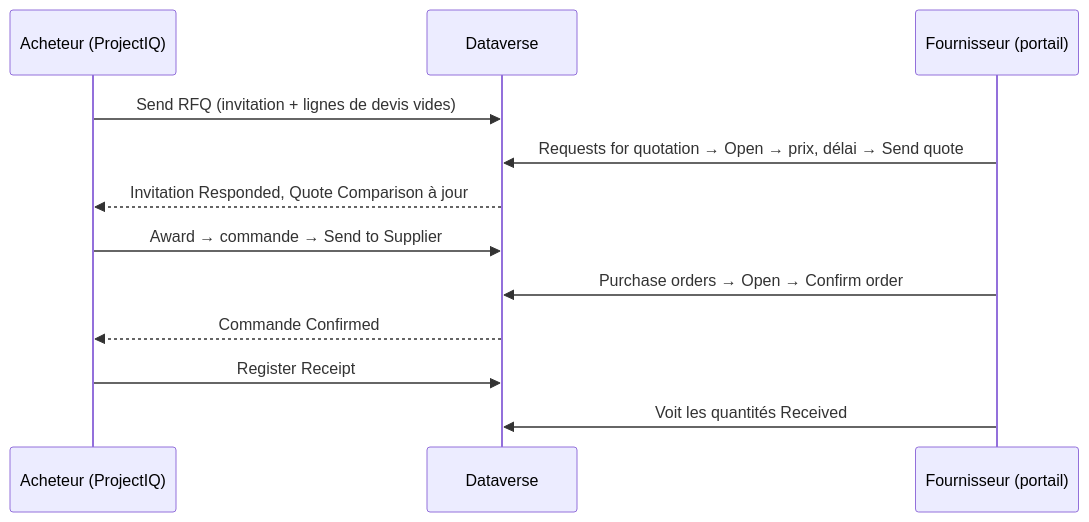
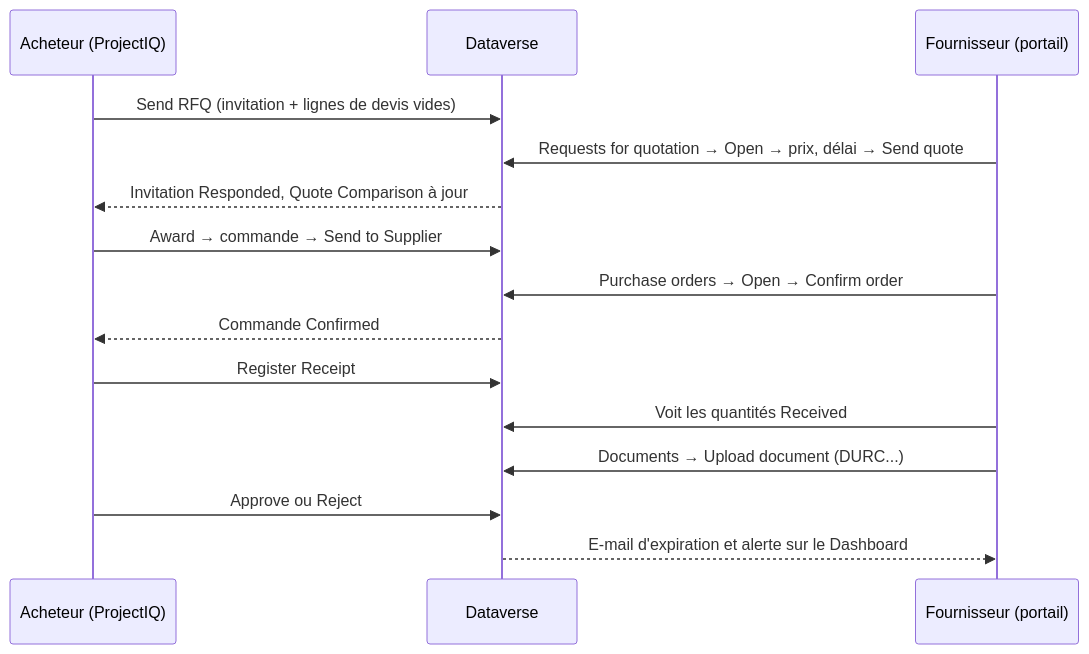
The diagram in docs/fr/supplier-portal.md (Power-Builders-Italia/ProjectIQ), drawn with Mermaid before and after one commit. The commit also changed other lines of this file and 112 other files, not shown here.

````diff
--- a/docs/fr/supplier-portal.md
+++ b/docs/fr/supplier-portal.md
@@ -18,14 +20,17 @@
 ```mermaid
 sequenceDiagram
     participant B as Acheteur (ProjectIQ)
     participant DV as Dataverse
     participant S as Fournisseur (portail)
     B->>DV: Send RFQ (invitation + lignes de devis vides)
     S->>DV: Requests for quotation → Open → prix, délai → Send quote
     DV-->>B: Invitation Responded, Quote Comparison à jour
     B->>DV: Award → commande → Send to Supplier
     S->>DV: Purchase orders → Open → Confirm order
     DV-->>B: Commande Confirmed
     B->>DV: Register Receipt
     S->>DV: Voit les quantités Received
+    S->>DV: Documents → Upload document (DURC...)
+    B->>DV: Approve ou Reject
+    DV-->>S: E-mail d'expiration et alerte sur le Dashboard
 ```
````
